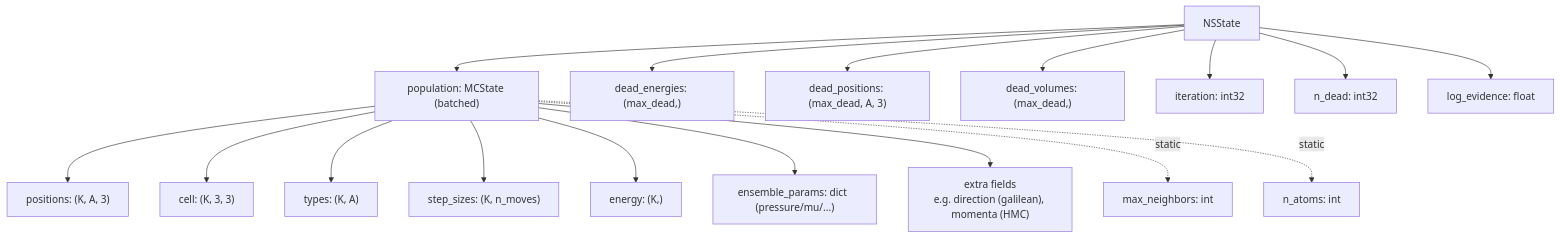
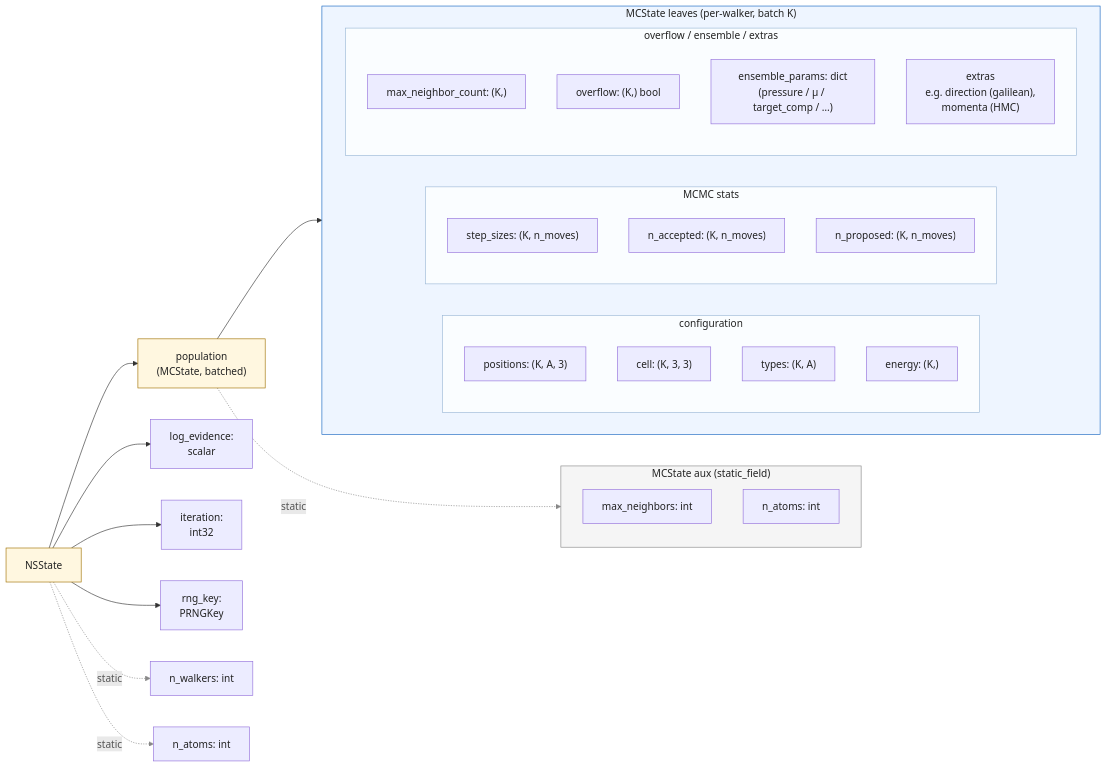
One commit to nunglert/jaxrens changed the diagram in docs/user/concepts/pytree_state.md. Above: the diagram before and after it, drawn with Mermaid. The commit also changed other lines of this file and 45 other files, not shown here.

````diff
--- a/docs/user/concepts/pytree_state.md
+++ b/docs/user/concepts/pytree_state.md
@@ -14,19 +21,54 @@
 ```{mermaid}
-flowchart TD
-    NS["NSState"] --> P["population: MCState (batched)"]
-    NS --> DE["dead_energies: (max_dead,)"]
-    NS --> DP["dead_positions: (max_dead, A, 3)"]
-    NS --> DV["dead_volumes: (max_dead,)"]
-    NS --> IT["iteration: int32"]
-    NS --> ND["n_dead: int32"]
-    NS --> LZ["log_evidence: float"]
-    P --> POS["positions: (K, A, 3)"]
-    P --> CELL["cell: (K, 3, 3)"]
-    P --> TYP["types: (K, A)"]
-    P --> STEP["step_sizes: (K, n_moves)"]
-    P --> EN["energy: (K,)"]
-    P --> EP["ensemble_params: dict  (pressure/mu/...)"]
-    P --> EX["extra fields<br/>e.g. direction (galilean), momenta (HMC)"]
-    P -. static .-> MN["max_neighbors: int"]
-    P -. static .-> NA["n_atoms: int"]
+flowchart LR
+    NS["NSState"]
+    NS --> P["population<br/>(MCState, batched)"]
+    NS --> LZ["log_evidence:<br/>scalar"]
+    NS --> IT["iteration:<br/>int32"]
+    NS --> KEY["rng_key:<br/>PRNGKey"]
+    NS -. static .-> NW["n_walkers: int"]
+    NS -. static .-> NA0["n_atoms: int"]
+
+    subgraph MC_leaves["MCState leaves (per-walker, batch K)"]
+        direction LR
+        subgraph mc_config["configuration"]
+            direction TB
+            POS["positions: (K, A, 3)"]
+            CELL["cell: (K, 3, 3)"]
+            TYP["types: (K, A)"]
+            EN["energy: (K,)"]
+        end
+        subgraph mc_mcmc["MCMC stats"]
+            direction TB
+            SS["step_sizes: (K, n_moves)"]
+            ACC["n_accepted: (K, n_moves)"]
+            PROP["n_proposed: (K, n_moves)"]
+        end
+        subgraph mc_misc["overflow / ensemble / extras"]
+            direction TB
+            MNC["max_neighbor_count: (K,)"]
+            OV["overflow: (K,) bool"]
+            EP["ensemble_params: dict<br/>(pressure / μ / target_comp / …)"]
+            EX["extras<br/>e.g. direction (galilean),<br/>momenta (HMC)"]
+        end
+    end
+
+    subgraph MC_aux["MCState aux (static_field)"]
+        direction TB
+        MN["max_neighbors: int"]
+        NA1["n_atoms: int"]
+    end
+
+    P --> MC_leaves
+    P -. static .-> MC_aux
+
+    classDef root fill:#fff7e0,stroke:#a07000,color:#222
+    classDef leafBox fill:#eef5ff,stroke:#1565c0,color:#222
+    classDef auxBox fill:#f5f5f5,stroke:#888,color:#222
+    classDef colBox fill:#fafdff,stroke:#9bb8d6,color:#222
+    class NS,P root
+    class MC_leaves leafBox
+    class MC_aux auxBox
+    class mc_config,mc_mcmc,mc_misc colBox
+
+    linkStyle 4,5,7 stroke:#888,color:#555
 ```
````
